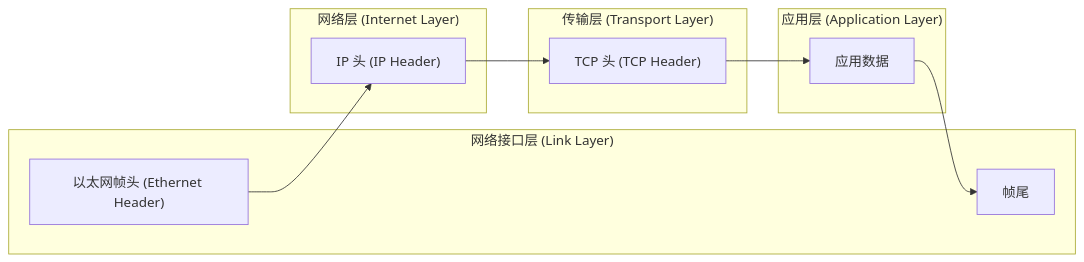
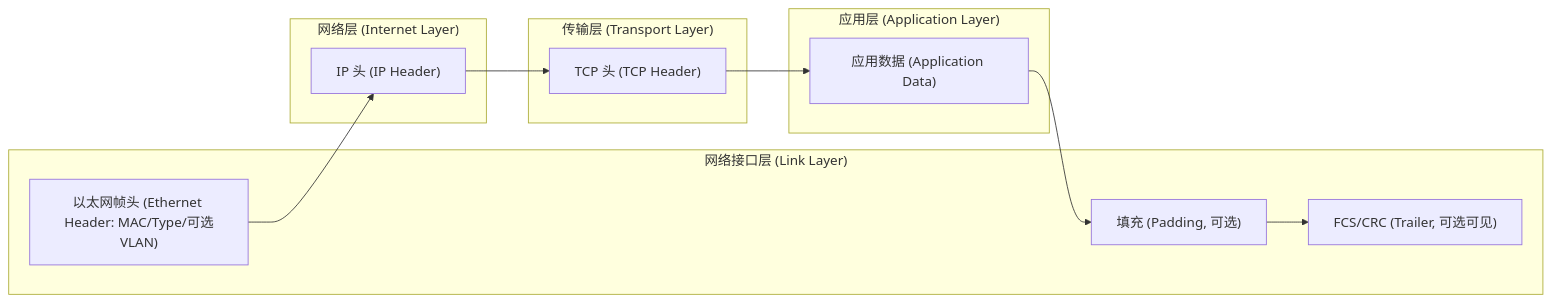
One commit to jiangnanqw12/NoteSystemScripts changed the second of 2 diagrams in docs/t.md. Above: the diagram before and after it, drawn with Mermaid. The commit also changed other lines of this file and 3 other files, not shown here.

````diff
--- a/docs/t.md
+++ b/docs/t.md
@@ -33,18 +94,19 @@
 ```mermaid
 graph LR
 subgraph Link["网络接口层 (Link Layer)"]
-    E["以太网帧头 (Ethernet Header)"]
-    F["帧尾"]
+  E["以太网帧头 (Ethernet Header: MAC/Type/可选VLAN)"]
+  P["填充 (Padding, 可选)"]
+  F["FCS/CRC (Trailer, 可选可见)"]
 end
 subgraph Net["网络层 (Internet Layer)"]
-    D["IP 头 (IP Header)"]
+  D["IP 头 (IP Header)"]
 end
 subgraph Trans["传输层 (Transport Layer)"]
-    C["TCP 头 (TCP Header)"]
+  C["TCP 头 (TCP Header)"]
 end
 subgraph App["应用层 (Application Layer)"]
-    B["应用数据"]
+  B["应用数据 (Application Data)"]
 end
 
-E --> D --> C --> B --> F
+E --> D --> C --> B --> P --> F
 ```
````
